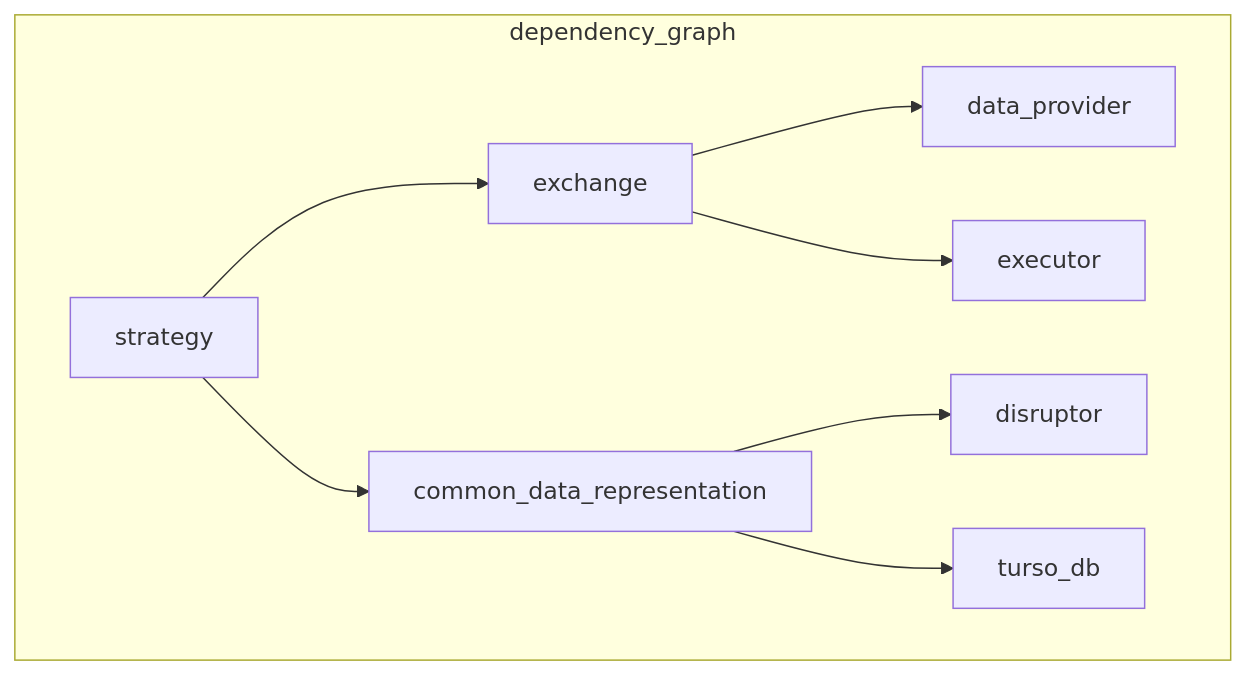
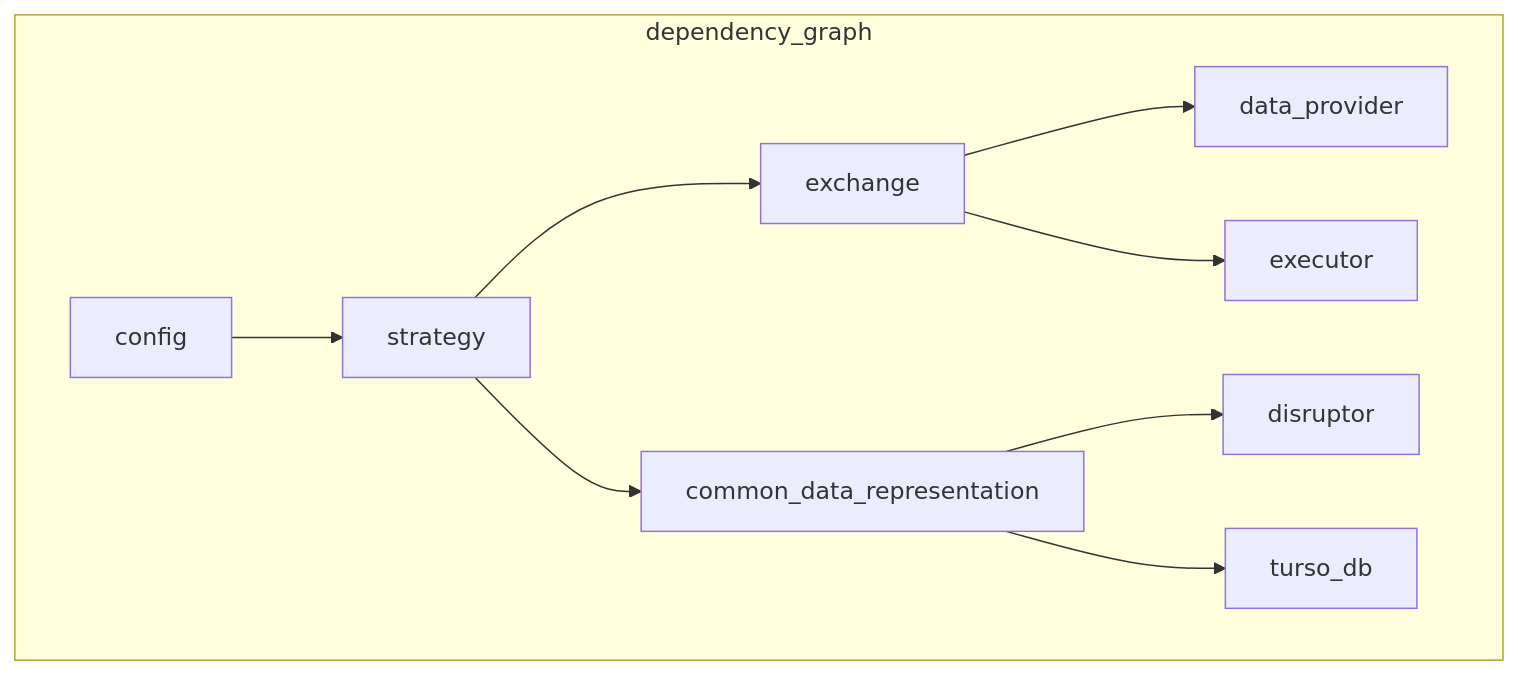
One commit to sbOogway/smm changed the second of 2 diagrams in README.md. Above: the diagram before and after it, drawn with Mermaid. The commit also changed 4 other files, not shown here.

````diff
--- a/README.md
+++ b/README.md
@@ -52,13 +52,15 @@
 ```mermaid
 flowchart TD
     subgraph dependency_graph
+        config --> strategy
+
         strategy --> exchange
         strategy --> common_data_representation
 
         exchange --> data_provider
         exchange --> executor
 
         common_data_representation --> disruptor
         common_data_representation --> turso_db
     end
 ```
````
